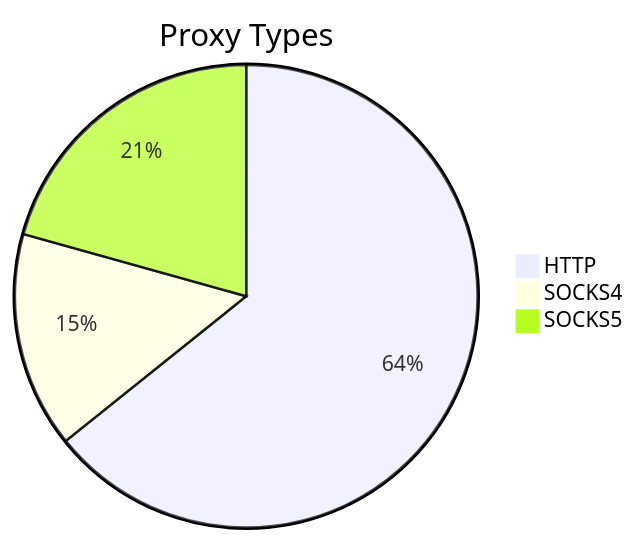
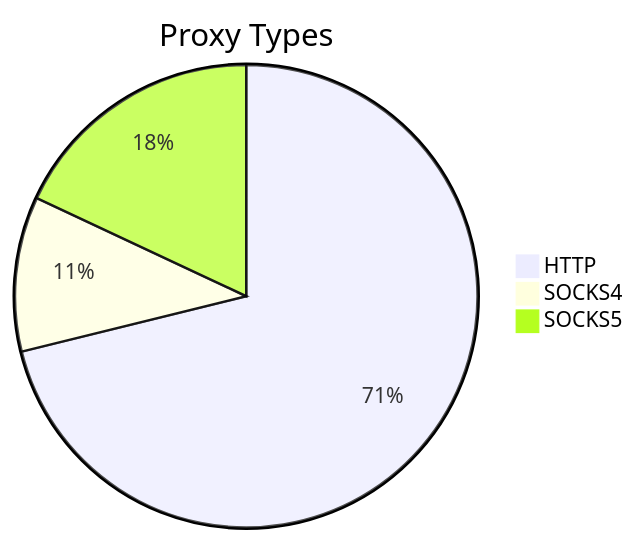
Before and after one commit to stormsia/proxy-list: the first of 2 diagrams in README.md, drawn with Mermaid. The commit also changed other lines of this file, not shown here.

````diff
--- a/README.md
+++ b/README.md
@@ -21,6 +21,6 @@
 ```mermaid
 pie title Proxy Types
-    "HTTP" : 230
-    "SOCKS4" : 54
-    "SOCKS5" : 74
+    "HTTP" : 296
+    "SOCKS4" : 45
+    "SOCKS5" : 75
 ```
````
